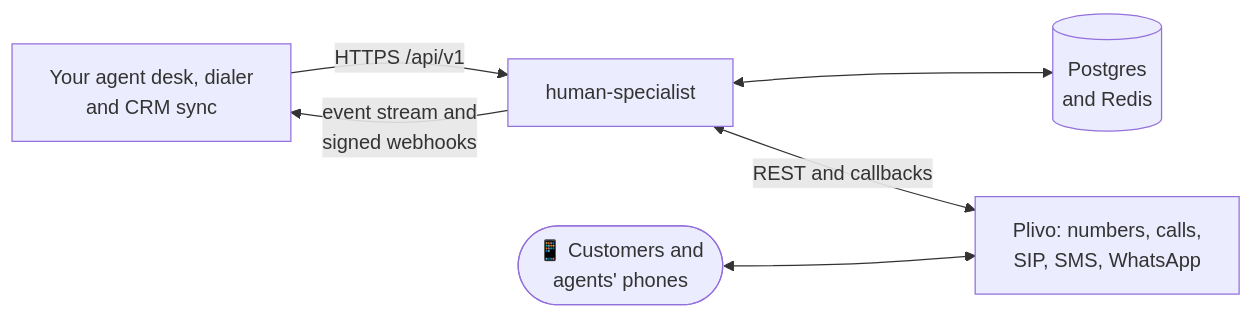
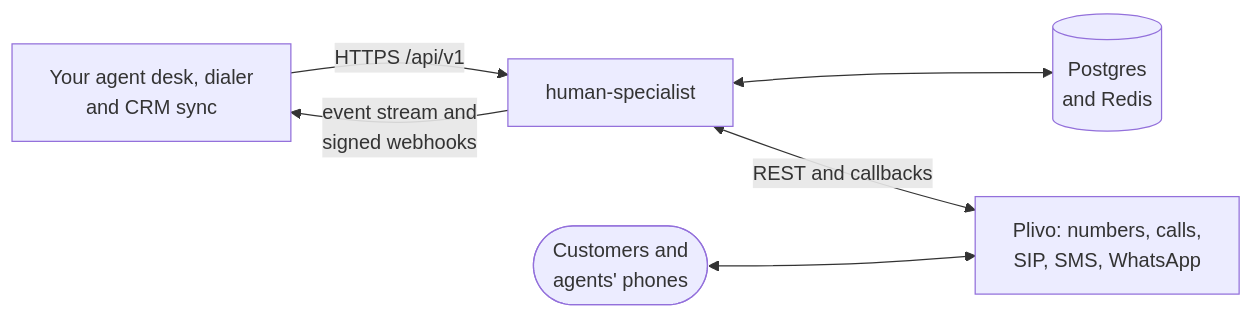
One commit to plivo-labs/human-specialist changed the second of 2 diagrams in README.md. Above: the diagram before and after it, drawn with Mermaid. The commit also changed other lines of this file and 2 other files, not shown here.

````diff
--- a/README.md
+++ b/README.md
@@ -249,8 +249,8 @@
 ```mermaid
 flowchart LR
     yours["Your agent desk, dialer<br/>and CRM sync"] -->|HTTPS /api/v1| hs["human-specialist"]
     hs -->|event stream and<br/>signed webhooks| yours
     hs <--> stores[("Postgres<br/>and Redis")]
     hs <-->|REST and callbacks| plivo["Plivo: numbers, calls,<br/>SIP, SMS, WhatsApp"]
-    people(["📱 Customers and<br/>agents' phones"]) <--> plivo
+    people(["Customers and<br/>agents' phones"]) <--> plivo
 ```
````
